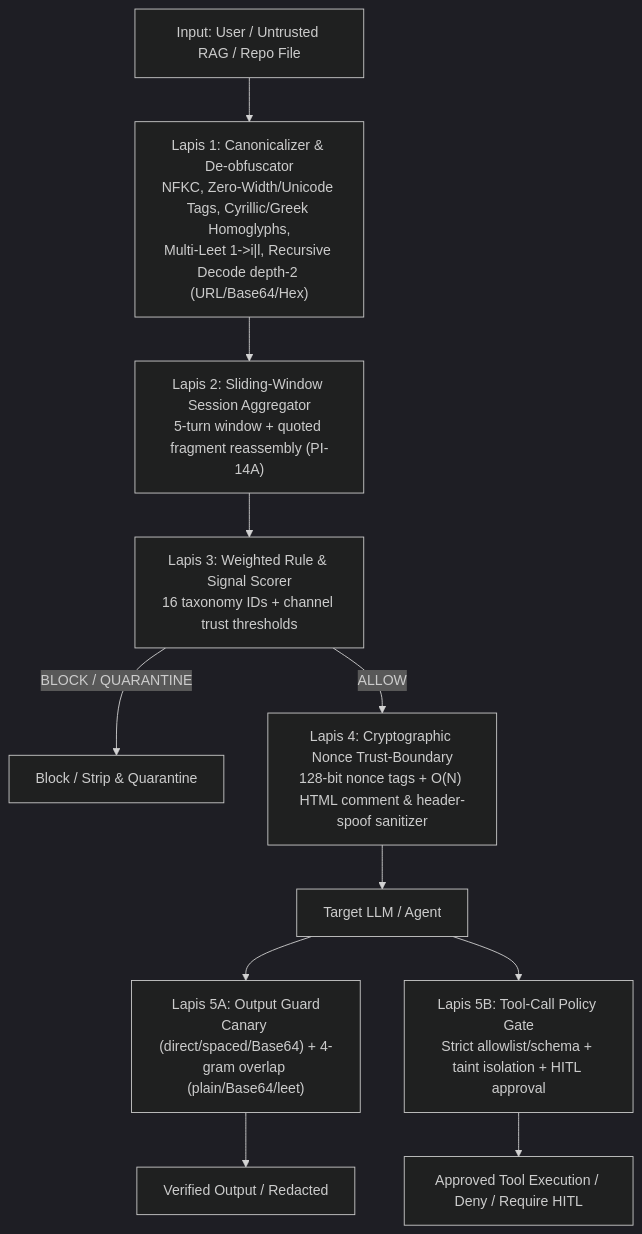
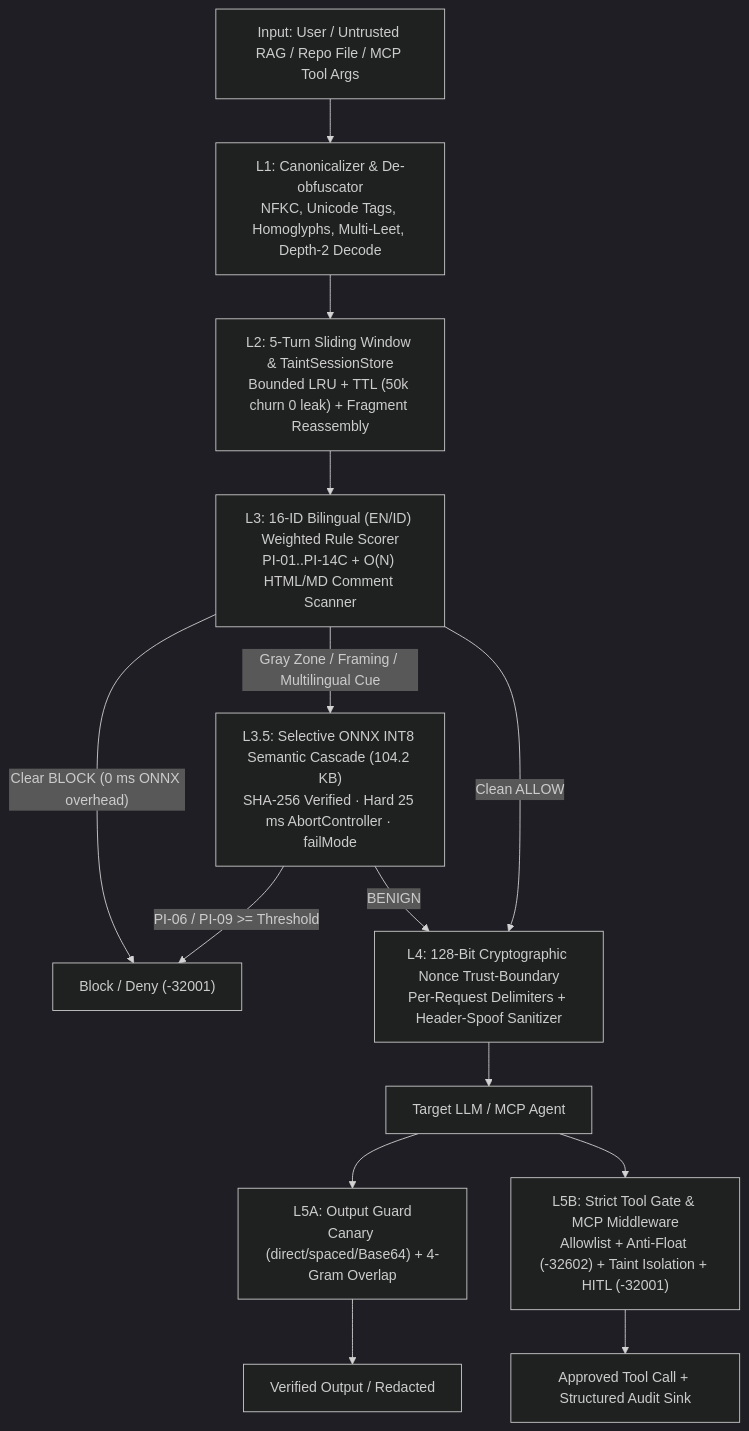
Before and after one commit to vanovri/prompt-shield-eval: the diagram in README.md, drawn with Mermaid (dark theme). The commit also changed other lines of this file and 30 other files, not shown here.

Commit message:
feat(v1.1.0): add Layer 3.5 ONNX INT8 semantic cascade, MCP middleware guardrail, and 3-job zero-deps CI

````diff
--- a/README.md
+++ b/README.md
@@ -9,13 +17,16 @@
 ```mermaid
 flowchart TD
-    IN["Input: User / Untrusted RAG / Repo File"] --> L1["Lapis 1: Canonicalizer & De-obfuscator<br/>NFKC, Zero-Width/Unicode Tags, Cyrillic/Greek Homoglyphs,<br/>Multi-Leet 1->i|l, Recursive Decode depth-2 (URL/Base64/Hex)"]
-    L1 --> L2["Lapis 2: Sliding-Window Session Aggregator<br/>5-turn window + quoted fragment reassembly (PI-14A)"]
-    L2 --> L3["Lapis 3: Weighted Rule & Signal Scorer<br/>16 taxonomy IDs + channel trust thresholds"]
-    L3 -->|"BLOCK / QUARANTINE"| ACT["Block / Strip & Quarantine"]
-    L3 -->|"ALLOW"| L4["Lapis 4: Cryptographic Nonce Trust-Boundary<br/>128-bit nonce tags + O(N) HTML comment & header-spoof sanitizer"]
-    L4 --> LLM["Target LLM / Agent"]
-    LLM --> L5A["Lapis 5A: Output Guard<br/>Canary (direct/spaced/Base64) + 4-gram overlap (plain/Base64/leet)"]
-    LLM --> L5B["Lapis 5B: Tool-Call Policy Gate<br/>Strict allowlist/schema + taint isolation + HITL approval"]
+    IN["Input: User / Untrusted RAG / Repo File / MCP Tool Args"] --> L1["L1: Canonicalizer & De-obfuscator<br/>NFKC, Unicode Tags, Homoglyphs, Multi-Leet, Depth-2 Decode"]
+    L1 --> L2["L2: 5-Turn Sliding Window & TaintSessionStore<br/>Bounded LRU + TTL (50k churn 0 leak) + Fragment Reassembly"]
+    L2 --> L3["L3: 16-ID Bilingual (EN/ID) Weighted Rule Scorer<br/>PI-01..PI-14C + O(N) HTML/MD Comment Scanner"]
+    L3 -->|"Clear BLOCK (0 ms ONNX overhead)"| ACT["Block / Deny (-32001)"]
+    L3 -->|"Gray Zone / Framing / Multilingual Cue"| L35["L3.5: Selective ONNX INT8 Semantic Cascade (104.2 KB)<br/>SHA-256 Verified · Hard 25 ms AbortController · failMode"]
+    L35 -->|"PI-06 / PI-09 >= Threshold"| ACT
+    L3 -->|"Clean ALLOW"| L4["L4: 128-Bit Cryptographic Nonce Trust-Boundary<br/>Per-Request Delimiters + Header-Spoof Sanitizer"]
+    L35 -->|"BENIGN"| L4
+    L4 --> LLM["Target LLM / MCP Agent"]
+    LLM --> L5A["L5A: Output Guard<br/>Canary (direct/spaced/Base64) + 4-Gram Overlap"]
+    LLM --> L5B["L5B: Strict Tool Gate & MCP Middleware<br/>Allowlist + Anti-Float (-32602) + Taint Isolation + HITL (-32001)"]
     L5A --> OUT["Verified Output / Redacted"]
-    L5B --> TOOL["Approved Tool Execution / Deny / Require HITL"]
+    L5B --> TOOL["Approved Tool Call + Structured Audit Sink"]
 ```
````
